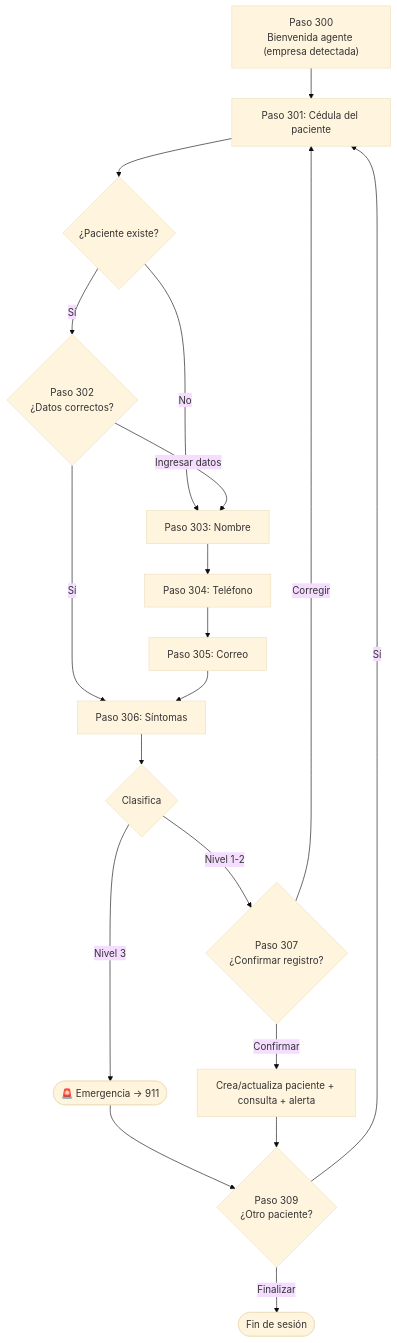
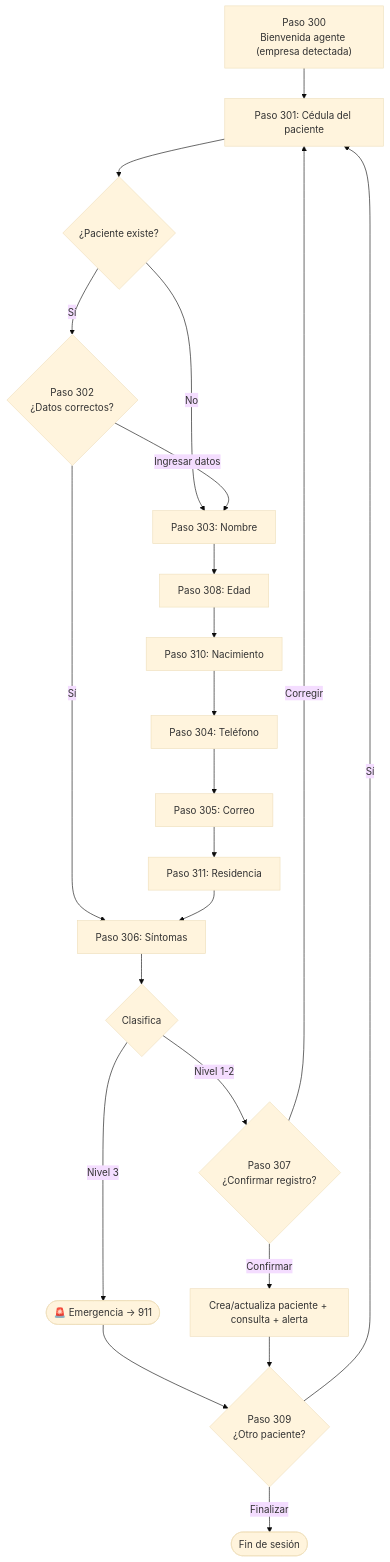
One commit to teledox/teledox changed the fourth of 7 diagrams in docs/flujos-bot.md. Above: the diagram before and after it, drawn with Mermaid (base theme). The commit also changed 12 other files, not shown here.

````diff
--- a/docs/flujos-bot.md
+++ b/docs/flujos-bot.md
@@ -124,18 +124,19 @@
 ```mermaid
 flowchart TD
   P300["Paso 300\nBienvenida agente (empresa detectada)"] --> P301["Paso 301: Cédula del paciente"]
   P301 --> EX{"¿Paciente existe?"}
   EX -->|"Sí"| P302{"Paso 302\n¿Datos correctos?"}
   EX -->|"No"| P303["Paso 303: Nombre"]
   P302 -->|"Sí"| P306["Paso 306: Síntomas"]
   P302 -->|"Ingresar datos"| P303
-  P303 --> P304["Paso 304: Teléfono"] --> P305["Paso 305: Correo"] --> P306
+  P303 --> P308["Paso 308: Edad"] --> P310["Paso 310: Nacimiento"] --> P304["Paso 304: Teléfono"]
+  P304 --> P305["Paso 305: Correo"] --> P311["Paso 311: Residencia"] --> P306
   P306 --> NIVc{"Clasifica"}
   NIVc -->|"Nivel 3"| EMERc([🚨 Emergencia → 911]) --> P309
   NIVc -->|"Nivel 1-2"| P307{"Paso 307\n¿Confirmar registro?"}
   P307 -->|"Corregir"| P301
   P307 -->|"Confirmar"| REGc["Crea/actualiza paciente + consulta + alerta"] --> P309
   P309{"Paso 309\n¿Otro paciente?"}
   P309 -->|"Sí"| P301
   P309 -->|"Finalizar"| FINc([Fin de sesión])
 ```
````
